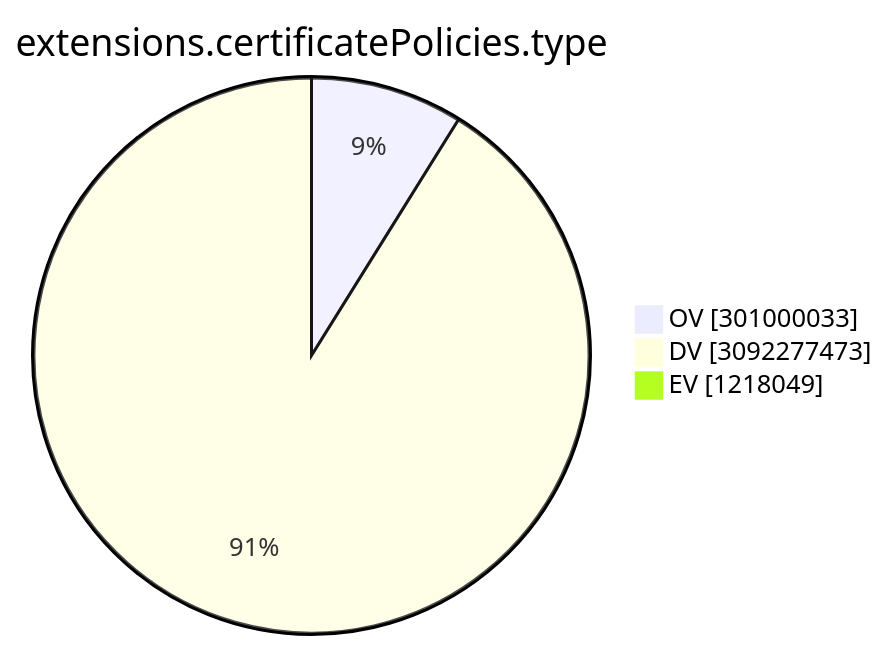
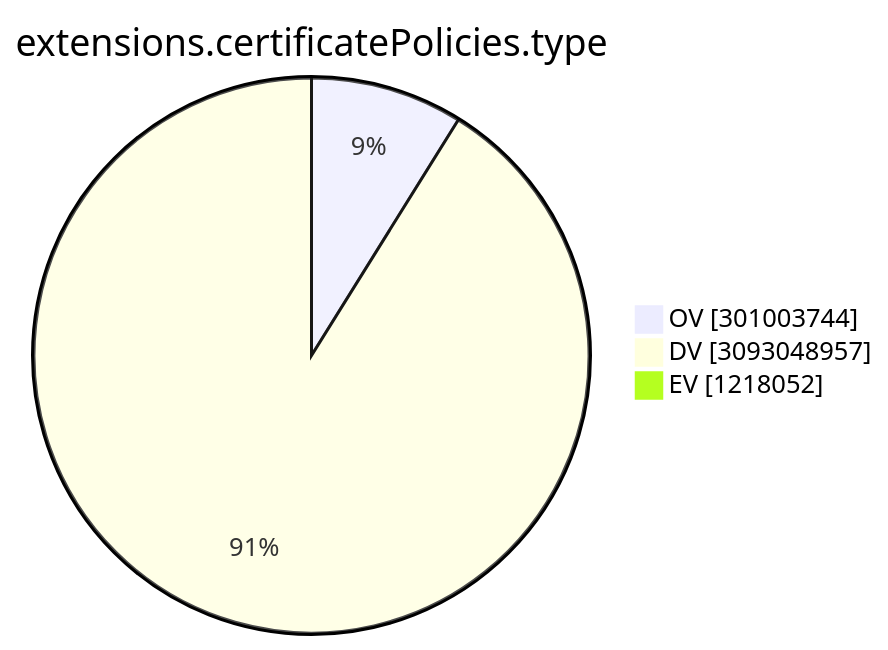
Before and after one commit to christiankrug/ctmonitor_visualization: the ninth of 15 diagrams in TOTAL/README.md, drawn with Mermaid. The commit also changed other lines of this file, not shown here.

````diff
--- a/TOTAL/README.md
+++ b/TOTAL/README.md
@@ -3103,7 +3103,7 @@
 ```mermaid
 pie showData
 title extensions.certificatePolicies.type
-"OV" :301000033
-"DV" :3092277473
-"EV" :1218049
+"OV" :301003744
+"DV" :3093048957
+"EV" :1218052
 ```
````
